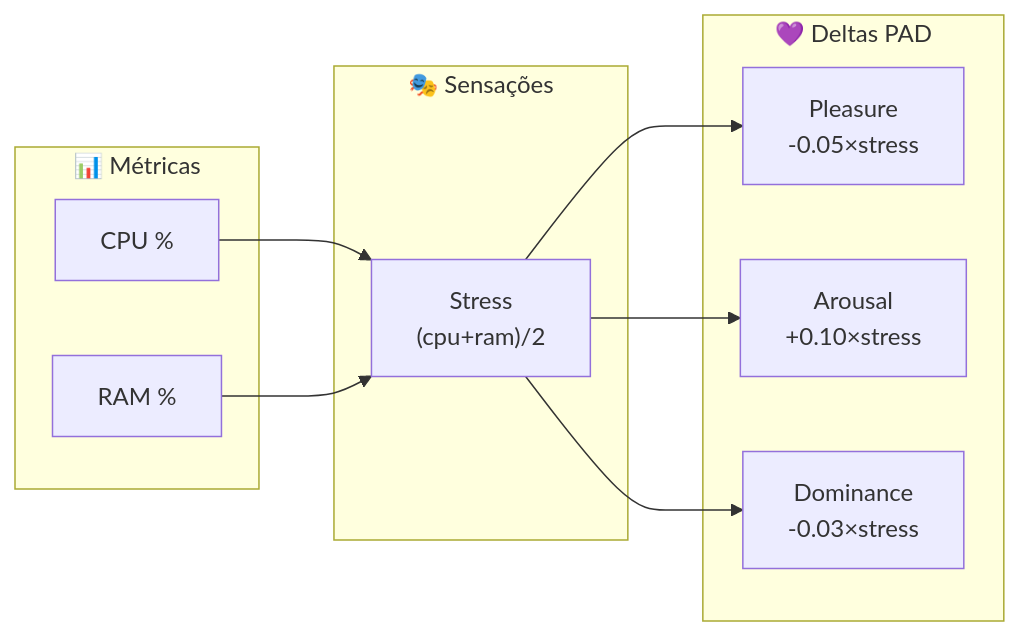
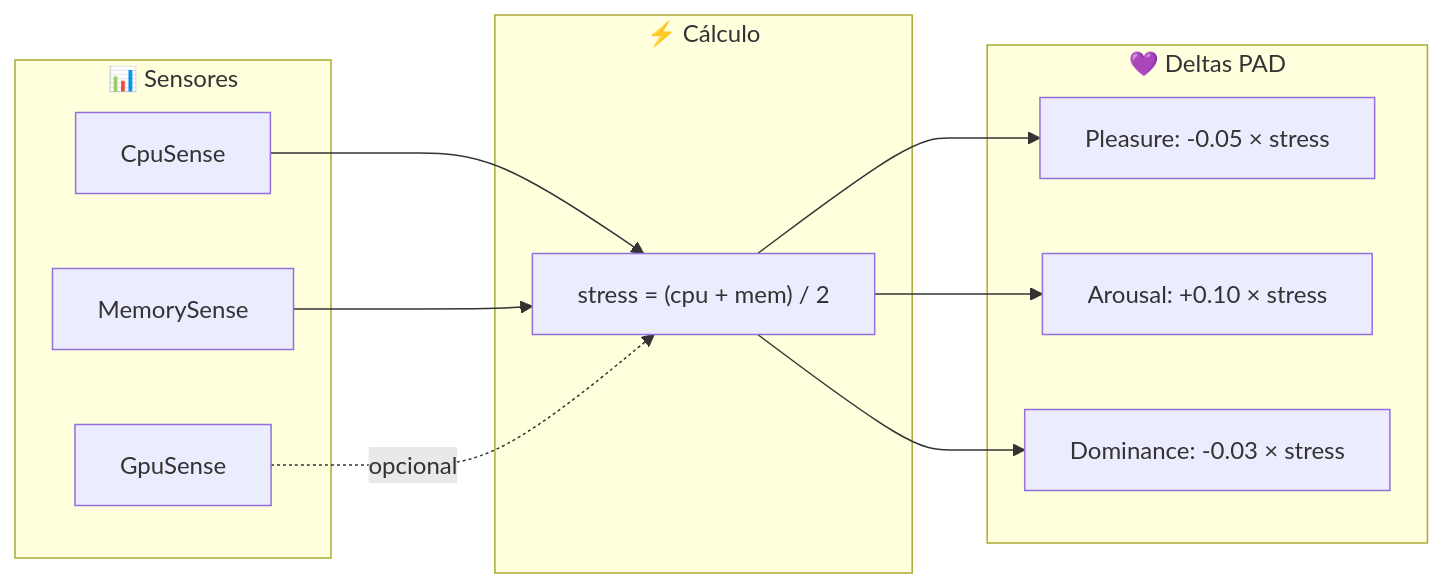
Before and after one commit to gabrielmaialva33/viva: the second of 2 diagrams in apps/viva_bridge/README.md, drawn with Mermaid. The commit also changed other lines of this file and 6 other files, not shown here.

First line of the commit message:
docs: update all documentation for Bevy ECS architecture

````diff
--- a/apps/viva_bridge/README.md
+++ b/apps/viva_bridge/README.md
@@ -75,23 +173,25 @@
 ```mermaid
 flowchart LR
-    subgraph Hardware["📊 Métricas"]
-        CPU["CPU %"]
-        RAM["RAM %"]
+    subgraph Hardware["📊 Sensores"]
+        CPU["CpuSense"]
+        GPU["GpuSense"]
+        MEM["MemorySense"]
     end
 
-    subgraph Qualia["🎭 Sensações"]
-        Stress["Stress<br/>(cpu+ram)/2"]
+    subgraph Stress["⚡ Cálculo"]
+        S["stress = (cpu + mem) / 2"]
     end
 
     subgraph PAD["💜 Deltas PAD"]
-        P["Pleasure<br/>-0.05×stress"]
-        A["Arousal<br/>+0.10×stress"]
-        D["Dominance<br/>-0.03×stress"]
+        P["Pleasure: -0.05 × stress"]
+        A["Arousal: +0.10 × stress"]
+        D["Dominance: -0.03 × stress"]
     end
 
-    CPU --> Stress
-    RAM --> Stress
-    Stress --> P
-    Stress --> A
-    Stress --> D
+    CPU --> S
+    MEM --> S
+    GPU -.->|"opcional"| S
+    S --> P
+    S --> A
+    S --> D
 ```
````
